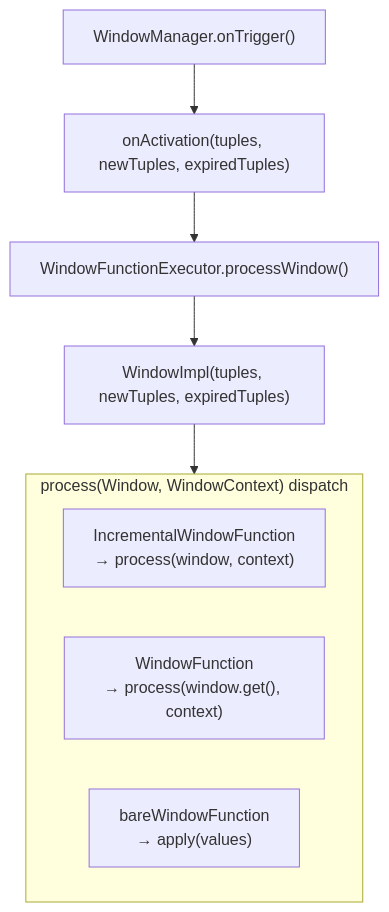
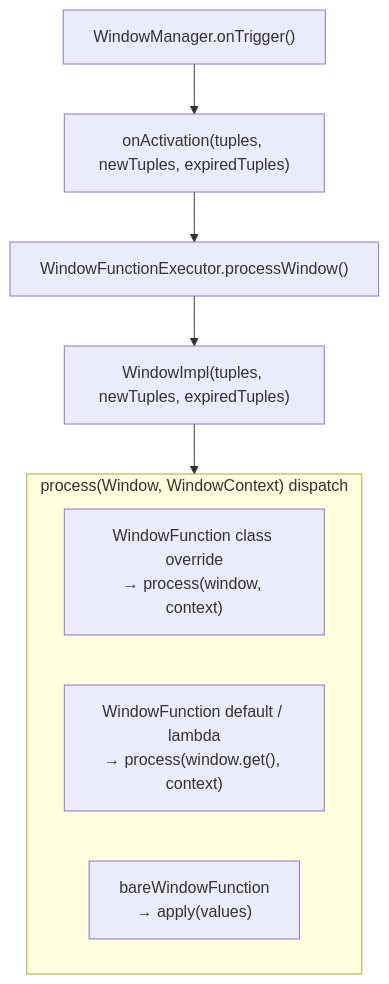
One commit to Dream95/pulsar changed the diagram in pip/pip-484.md. Above: the diagram before and after it, drawn with Mermaid. The commit also changed other lines of this file, not shown here.

Commit message:
[improve][pip] PIP-484: revise design to expose Window via WindowFunction default overload

````diff
--- a/pip/pip-484.md
+++ b/pip/pip-484.md
@@ -124,15 +136,15 @@
 ```mermaid
 flowchart TD
     WM["WindowManager.onTrigger()"]
     WL["onActivation(tuples, newTuples, expiredTuples)"]
     WE["WindowFunctionExecutor.processWindow()"]
     WI["WindowImpl(tuples, newTuples, expiredTuples)"]
 
     subgraph executor ["process(Window, WindowContext) dispatch"]
-        P1["IncrementalWindowFunction\n→ process(window, context)"]
-        P2["WindowFunction\n→ process(window.get(), context)"]
+        P1["WindowFunction class override\n→ process(window, context)"]
+        P2["WindowFunction default / lambda\n→ process(window.get(), context)"]
         P3["bareWindowFunction\n→ apply(values)"]
     end
 
     WM --> WL --> WE --> WI --> executor
 ```
````
